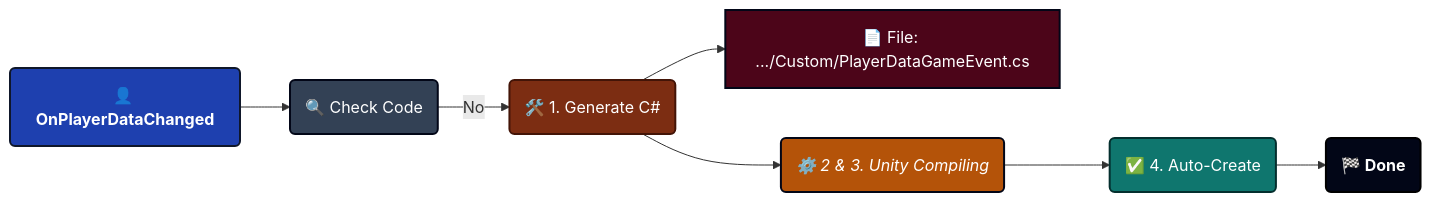
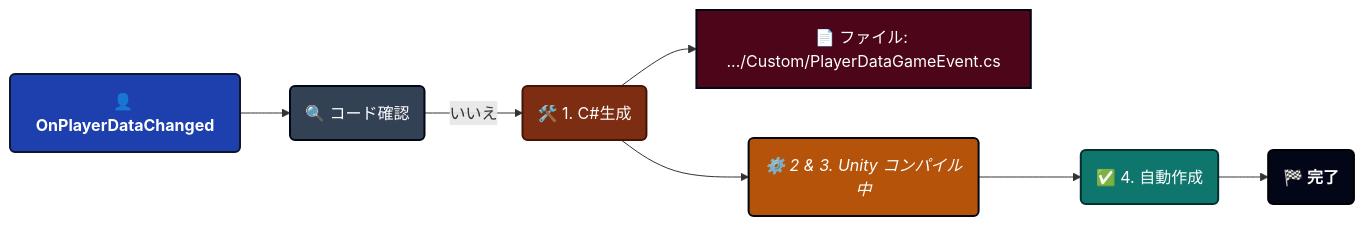
The third of 4 diagrams in i18n/ja/docusaurus-plugin-content-docs/current/game-event-system/visual-workflow/game-event-creator.md (tinygiants-tech/TinyGiants), drawn with Mermaid before and after one commit. The commit also changed other lines of this file and 81 other files, not shown here.

````diff
--- a/i18n/ja/docusaurus-plugin-content-docs/current/game-event-system/visual-workflow/game-event-creator.md
+++ b/i18n/ja/docusaurus-plugin-content-docs/current/game-event-system/visual-workflow/game-event-creator.md
@@ -311,24 +308,24 @@
 ```mermaid
 graph LR
  
     classDef event fill:#1e40af,stroke:#0f172a,stroke-width:2px,color:#ffffff,font-weight:bold
     classDef decision fill:#334155,stroke:#020617,stroke-width:2px,color:#ffffff
     classDef step fill:#0f766e,stroke:#042f2e,stroke-width:2px,color:#ffffff
     classDef warning fill:#7c2d12,stroke:#431407,stroke-width:2px,color:#ffffff
     classDef wait fill:#b45309,stroke:#020617,stroke-width:2px,color:#ffffff,font-style:italic
     classDef system fill:#020617,stroke:#000000,stroke-width:2px,color:#ffffff,font-weight:bold
 
     classDef file fill:#4c0519,stroke:#020617,stroke-width:2px,color:#ffffff
 
-    A(👤 OnPlayerDataChanged):::event --> B(🔍 Check Code):::decision
+    A(👤 OnPlayerDataChanged):::event --> B(🔍 コード確認):::decision
     
-    B -- "No" --> C(🛠️ 1. Generate C#):::warning
+    B -- "いいえ" --> C(🛠️ 1. C#生成):::warning
     
-    C --> P[📄 File: .../Custom/PlayerDataGameEvent.cs]:::file
+    C --> P[📄 ファイル: .../Custom/PlayerDataGameEvent.cs]:::file
 
-    C --> D(⚙️ 2 & 3. Unity Compiling):::wait
+    C --> D(⚙️ 2 & 3. Unity コンパイル中):::wait
     
-    D --> E(✅ 4. Auto-Create):::step
+    D --> E(✅ 4. 自動作成):::step
     
-    E --> F(🏁 Done):::system
+    E --> F(🏁 完了):::system
 ```
````
